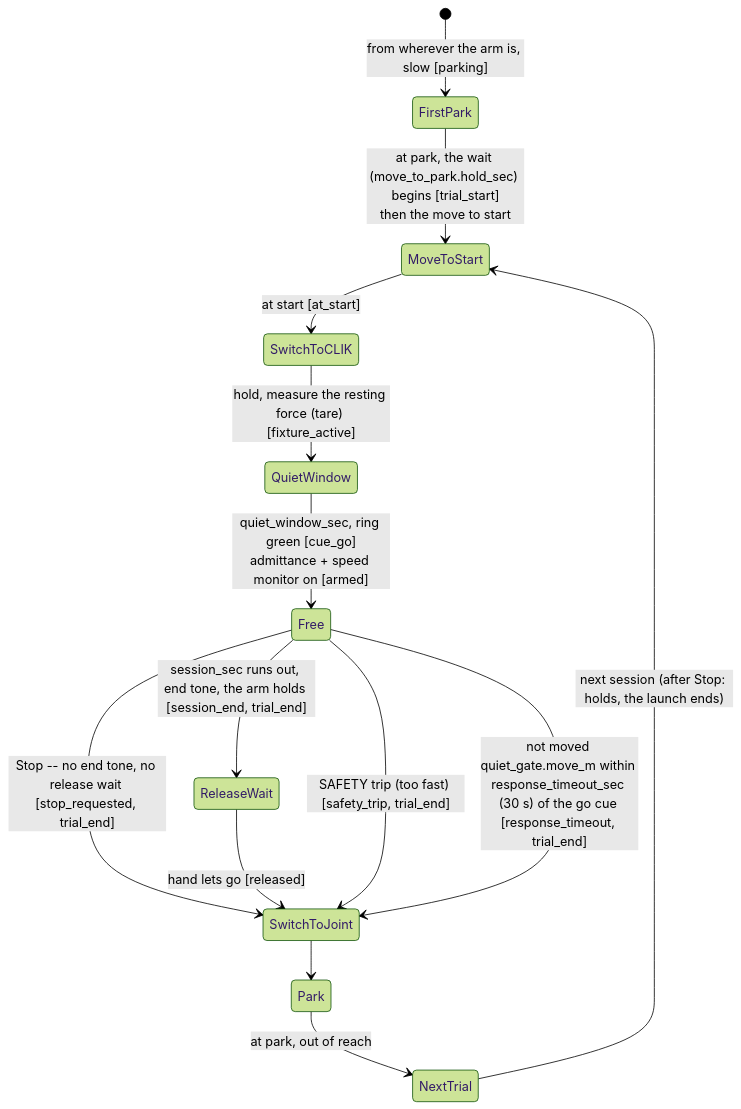
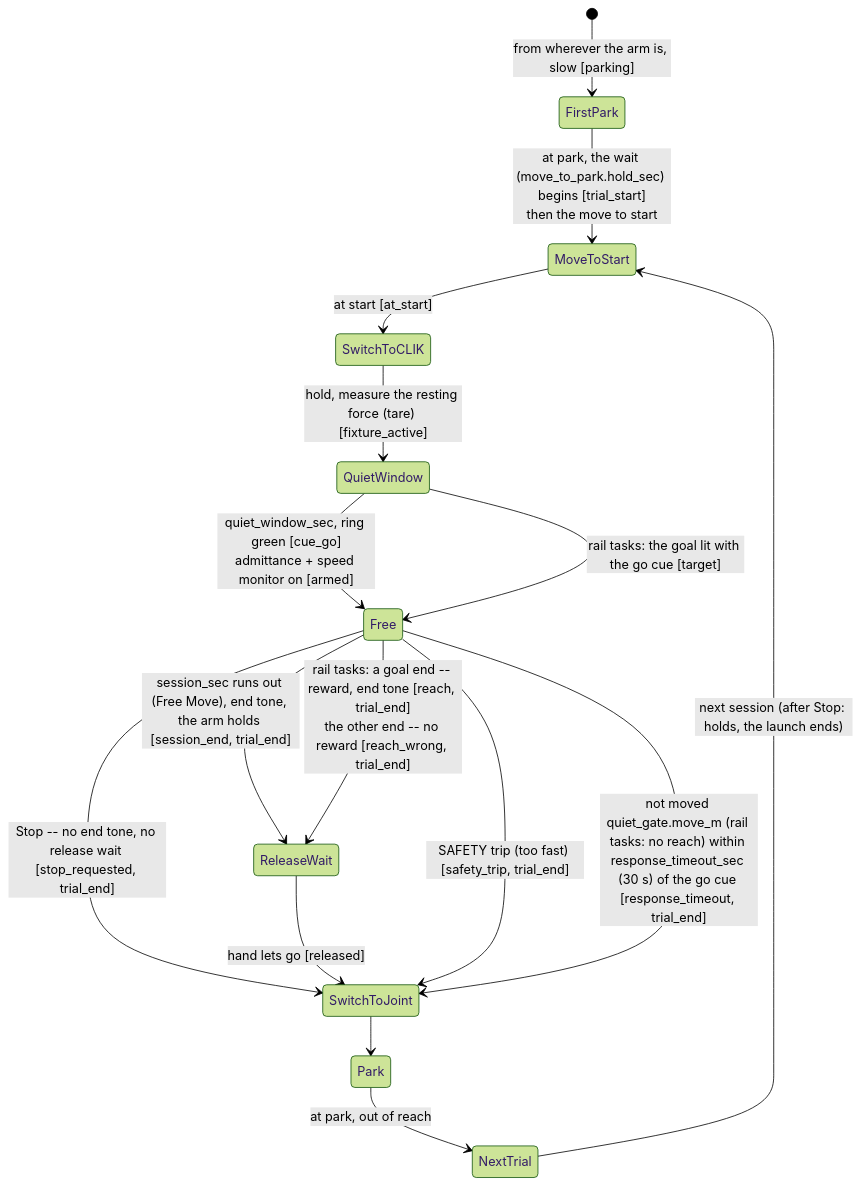
One commit to sinthlab/sinthlab-kuka-stack changed the ninth of 9 diagrams in README.md. Above: the diagram before and after it, drawn with Mermaid (forest theme). The commit also changed other lines of this file and 32 other files, not shown here.

````diff
--- a/README.md
+++ b/README.md
@@ -2070,16 +2109,18 @@
 ```mermaid
 stateDiagram-v2
     [*] --> FirstPark : from wherever the arm is, slow [parking]
     FirstPark --> MoveToStart : at park, the wait (move_to_park.hold_sec) begins [trial_start]<br/>then the move to start
     MoveToStart --> SwitchToCLIK : at start [at_start]
     SwitchToCLIK --> QuietWindow : hold, measure the resting force (tare) [fixture_active]
     QuietWindow --> Free : quiet_window_sec, ring green [cue_go]<br/>admittance + speed monitor on [armed]
-    Free --> ReleaseWait : session_sec runs out, end tone, the arm holds [session_end, trial_end]
+    QuietWindow --> Free : rail tasks: the goal lit with the go cue [target]
+    Free --> ReleaseWait : session_sec runs out (Free Move), end tone, the arm holds [session_end, trial_end]
+    Free --> ReleaseWait : rail tasks: a goal end -- reward, end tone [reach, trial_end]<br/>the other end -- no reward [reach_wrong, trial_end]
     Free --> SwitchToJoint : Stop -- no end tone, no release wait [stop_requested, trial_end]
     ReleaseWait --> SwitchToJoint : hand lets go [released]
     Free --> SwitchToJoint : SAFETY trip (too fast) [safety_trip, trial_end]
-    Free --> SwitchToJoint : not moved quiet_gate.move_m within response_timeout_sec (30 s) of the go cue [response_timeout, trial_end]
+    Free --> SwitchToJoint : not moved quiet_gate.move_m (rail tasks: no reach) within response_timeout_sec (30 s) of the go cue [response_timeout, trial_end]
     SwitchToJoint --> Park
     Park --> NextTrial : at park, out of reach
     NextTrial --> MoveToStart : next session (after Stop: holds, the launch ends)
 ```
````
